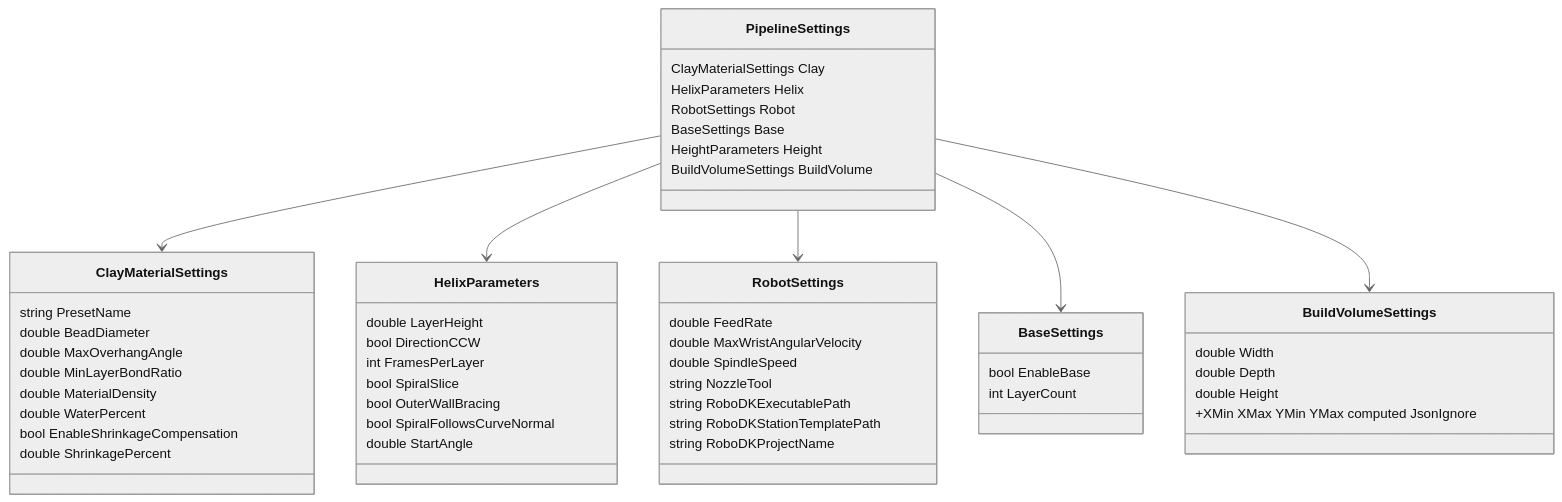
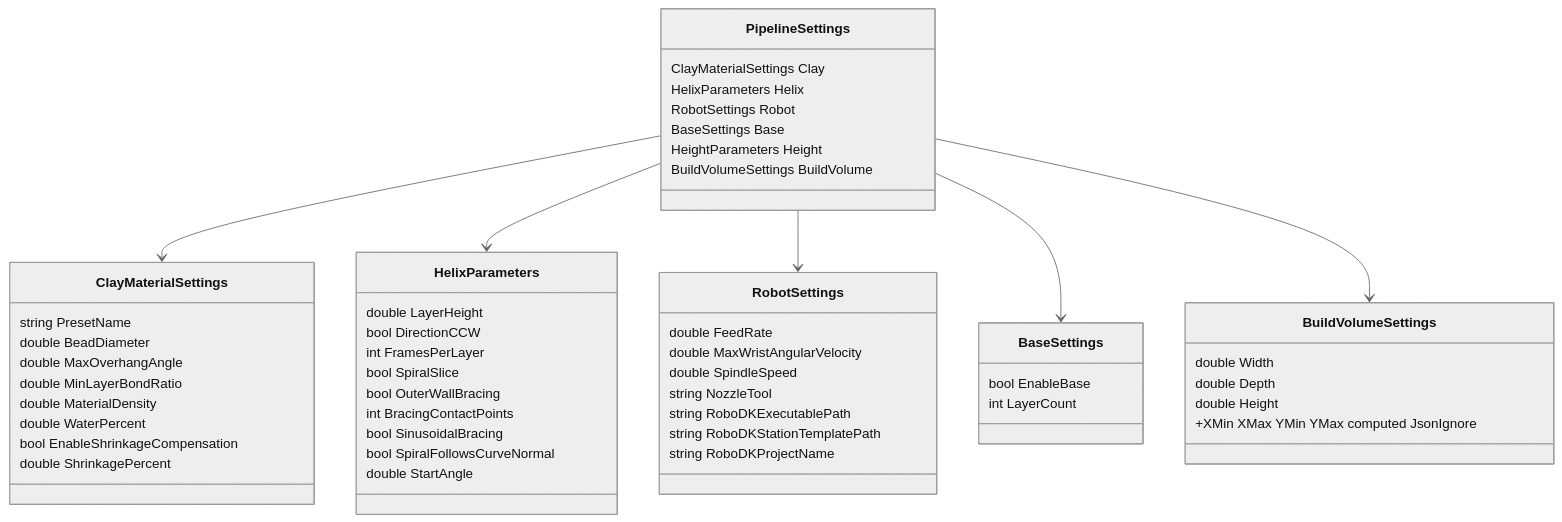
Before and after one commit to CyberCraftLab/CCL_Clay3DP: the seventh of 7 diagrams in ARCHITECTURE.md, drawn with Mermaid (neutral theme). The commit also changed other lines of this file and 1 other file, not shown here.

First line of the commit message:
docs: README + ARCHITECTURE for Issue #11 bracing changes

````diff
--- a/ARCHITECTURE.md
+++ b/ARCHITECTURE.md
@@ -245,54 +247,56 @@
 ```mermaid
 classDiagram
     class PipelineSettings {
         ClayMaterialSettings Clay
         HelixParameters Helix
         RobotSettings Robot
         BaseSettings Base
         HeightParameters Height
         BuildVolumeSettings BuildVolume
     }
     class ClayMaterialSettings {
         string PresetName
         double BeadDiameter
         double MaxOverhangAngle
         double MinLayerBondRatio
         double MaterialDensity
         double WaterPercent
         bool EnableShrinkageCompensation
         double ShrinkagePercent
     }
     class HelixParameters {
         double LayerHeight
         bool DirectionCCW
         int FramesPerLayer
         bool SpiralSlice
         bool OuterWallBracing
+        int BracingContactPoints
+        bool SinusoidalBracing
         bool SpiralFollowsCurveNormal
         double StartAngle
     }
     class RobotSettings {
         double FeedRate
         double MaxWristAngularVelocity
         double SpindleSpeed
         string NozzleTool
         string RoboDKExecutablePath
         string RoboDKStationTemplatePath
         string RoboDKProjectName
     }
     class BaseSettings {
         bool EnableBase
         int LayerCount
     }
     class BuildVolumeSettings {
         double Width
         double Depth
         double Height
         +XMin XMax YMin YMax computed JsonIgnore
     }
     PipelineSettings --> ClayMaterialSettings
     PipelineSettings --> HelixParameters
     PipelineSettings --> RobotSettings
     PipelineSettings --> BaseSettings
     PipelineSettings --> BuildVolumeSettings
 ```
````
